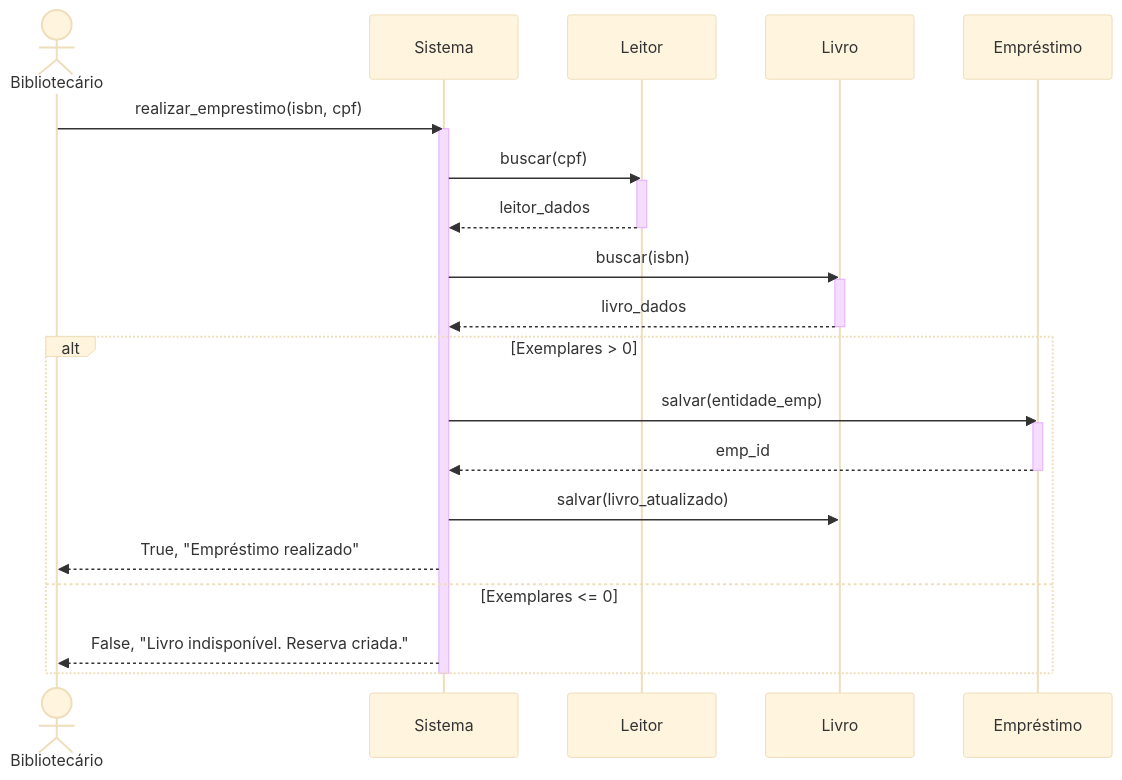
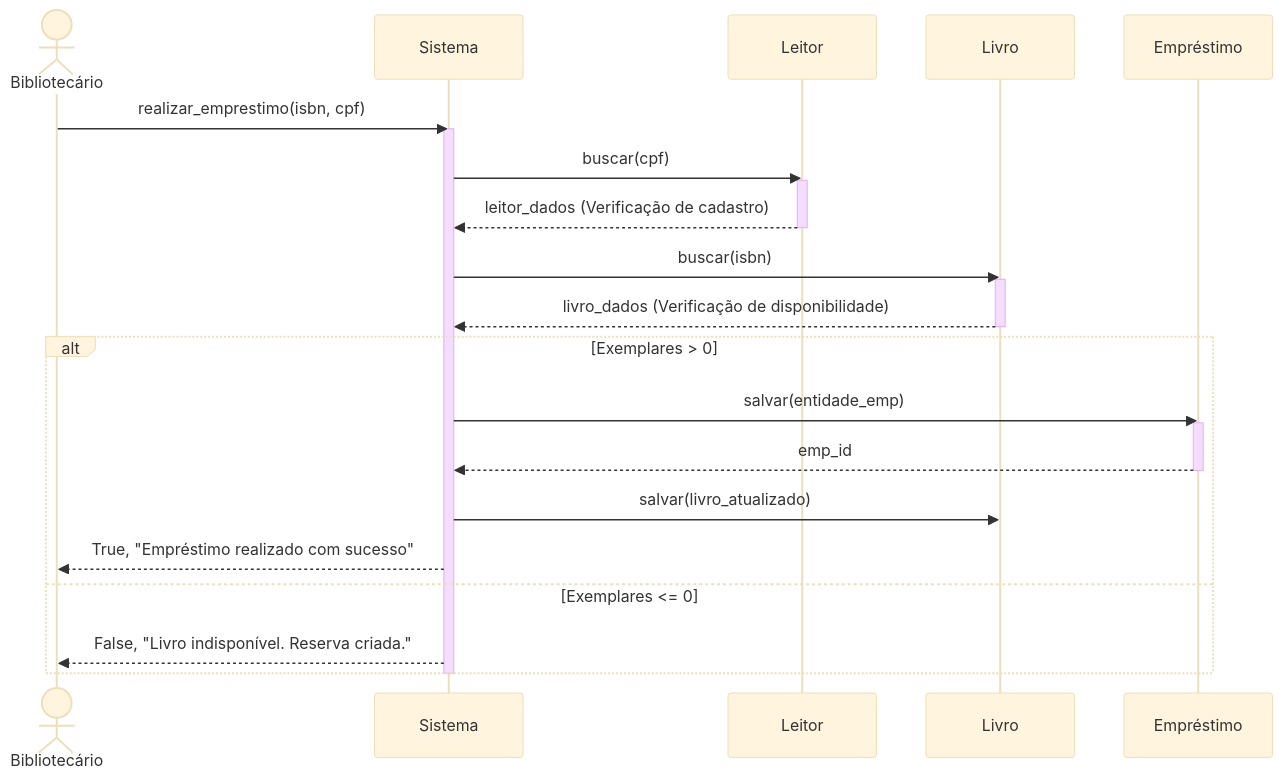
One commit to lucasmzzz/es1-pratica-avaliada-2 changed the second of 3 diagrams in modelagem-uml.md. Above: the diagram before and after it, drawn with Mermaid (base theme). The commit also changed 1 other file, not shown here.

Commit message:
feat: implementa refinamentos finais de arquitetura, UML e transacoes atomicas

````diff
--- a/modelagem-uml.md
+++ b/modelagem-uml.md
@@ -74,33 +74,33 @@
 ```mermaid
 sequenceDiagram
     actor B as Bibliotecário
     participant S as Sistema
     participant L as Leitor
     participant V as Livro
     participant E as Empréstimo
     
     B->>S: realizar_emprestimo(isbn, cpf)
     activate S
     
     S->>L: buscar(cpf)
     activate L
-    L-->>S: leitor_dados
+    L-->>S: leitor_dados (Verificação de cadastro)
     deactivate L
     
     S->>V: buscar(isbn)
     activate V
-    V-->>S: livro_dados
+    V-->>S: livro_dados (Verificação de disponibilidade)
     deactivate V
     
     alt Exemplares > 0
         S->>E: salvar(entidade_emp)
         activate E
         E-->>S: emp_id
         deactivate E
         S->>V: salvar(livro_atualizado)
-        S-->>B: True, "Empréstimo realizado"
+        S-->>B: True, "Empréstimo realizado com sucesso"
     else Exemplares <= 0
         S-->>B: False, "Livro indisponível. Reserva criada."
     end
     deactivate S
 ```
````
